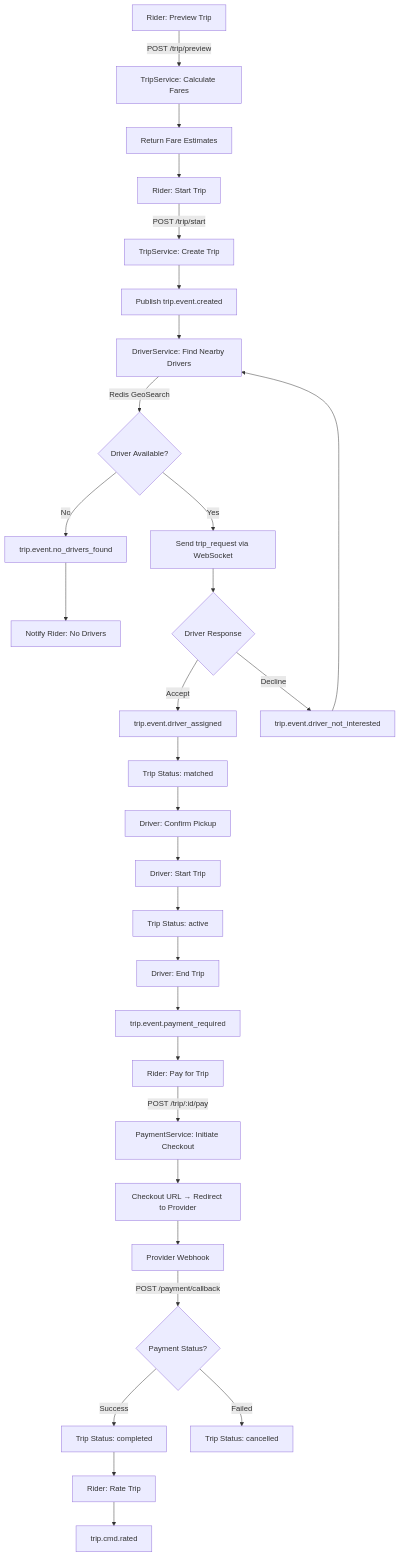
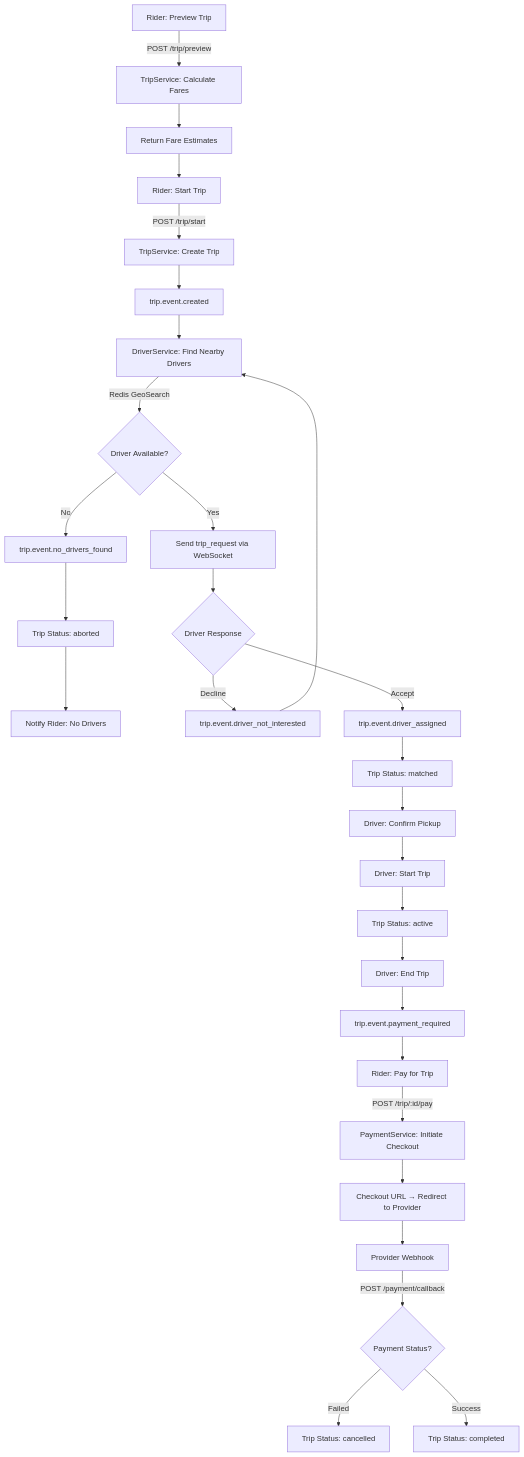
The diagram in README.md (xerdin442/wayfare), drawn with Mermaid before and after one commit. The commit also changed other lines of this file, not shown here.

Commit message:
feat: refactor trip lifecycle in readme using mermaid

````diff
--- a/README.md
+++ b/README.md
@@ -133,32 +133,31 @@
 ```mermaid
 flowchart TD
     A[Rider: Preview Trip] -->|POST /trip/preview| B[TripService: Calculate Fares]
     B --> C[Return Fare Estimates]
     C --> D[Rider: Start Trip]
     D -->|POST /trip/start| E[TripService: Create Trip]
-    E --> F[Publish trip.event.created]
+    E --> F[trip.event.created]
     F --> G[DriverService: Find Nearby Drivers]
     G -->|Redis GeoSearch| H{Driver Available?}
-    H -->|Yes| I[Send trip_request via WebSocket]
-    H -->|No| J[trip.event.no_drivers_found]
+    H -->|No| I[trip.event.no_drivers_found]
+    I --> J[Trip Status: aborted]
     J --> K[Notify Rider: No Drivers]
-    I --> L{Driver Response}
-    L -->|Accept| M[trip.event.driver_assigned]
-    L -->|Decline| N[trip.event.driver_not_interested]
+    H -->|Yes| L[Send trip_request via WebSocket]
+    L --> M{Driver Response}
+    M -->|Decline| N[trip.event.driver_not_interested]
     N --> G
-    M --> O[Trip Status: matched]
-    O --> P[Driver: Confirm Pickup]
-    P --> Q[Driver: Start Trip]
-    Q --> R[Trip Status: active]
-    R --> S[Driver: End Trip]
-    S --> T[trip.event.payment_required]
-    T --> U[Rider: Pay for Trip]
-    U -->|POST /trip/:id/pay| V[PaymentService: Initiate Checkout]
-    V --> W[Checkout URL → Redirect to Provider]
-    W --> X[Provider Webhook]
-    X -->|POST /payment/callback| Y{Payment Status?}
-    Y -->|Success| Z[Trip Status: completed]
-    Y -->|Failed| AA[Trip Status: cancelled]
-    Z --> AB[Rider: Rate Trip]
-    AB --> AC[trip.cmd.rated]
+    M -->|Accept| O[trip.event.driver_assigned]
+    O --> P[Trip Status: matched]
+    P --> Q[Driver: Confirm Pickup]
+    Q --> R[Driver: Start Trip]
+    R --> S[Trip Status: active]
+    S --> T[Driver: End Trip]
+    T --> U[trip.event.payment_required]
+    U --> V[Rider: Pay for Trip]
+    V -->|POST /trip/:id/pay| W[PaymentService: Initiate Checkout]
+    W --> X[Checkout URL → Redirect to Provider]
+    X --> Y[Provider Webhook]
+    Y -->|POST /payment/callback| Z{Payment Status?}
+    Z -->|Failed| AA[Trip Status: cancelled]
+    Z -->|Success| AB[Trip Status: completed]
 ```
````
